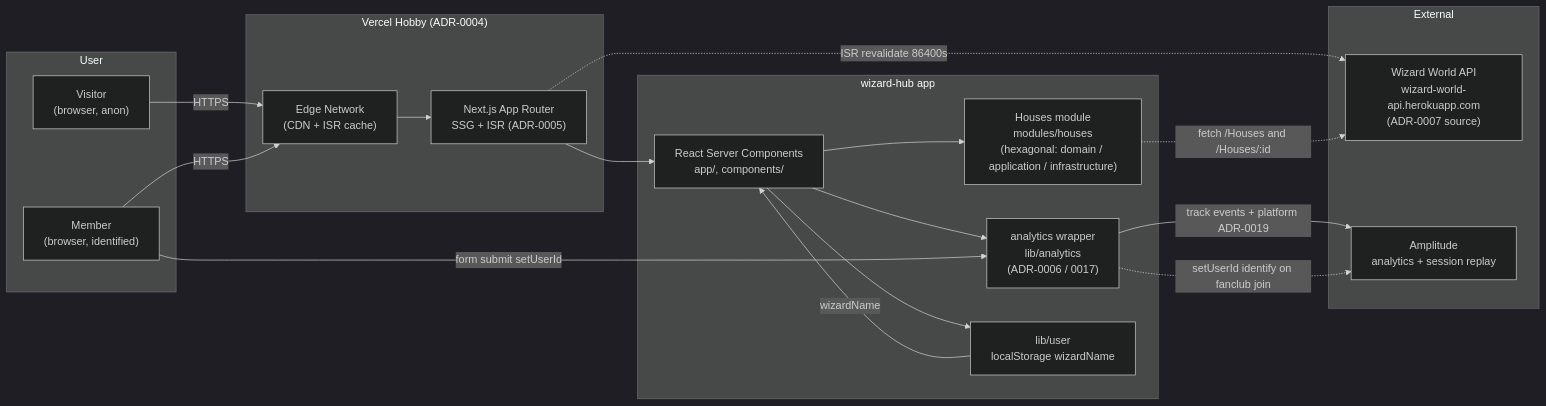
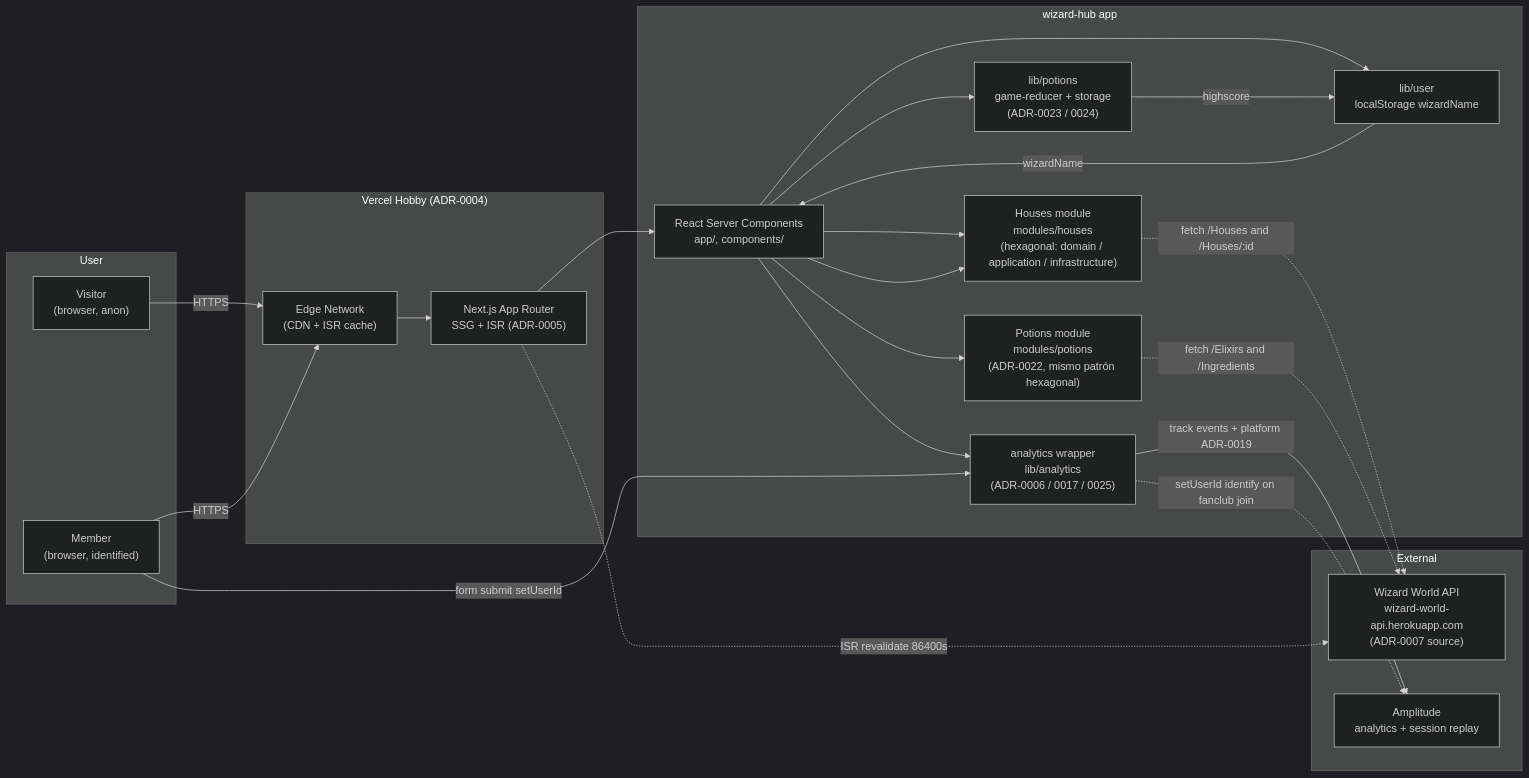
One commit to PKerty/wizard-hub changed the diagram in docs/diagrams/hld.md. Above: the diagram before and after it, drawn with Mermaid (dark theme). The commit also changed other lines of this file and 3 other files, not shown here.

First line of the commit message:
docs(diagrams): update HLD/Amplitude flow for Potions + add potions LLD (#29)

````diff
--- a/docs/diagrams/hld.md
+++ b/docs/diagrams/hld.md
@@ -8,38 +8,45 @@
 ```mermaid
 flowchart LR
     subgraph User
         U["Visitor<br/>(browser, anon)"]
         K["Member<br/>(browser, identified)"]
     end
 
     subgraph Vercel["Vercel Hobby (ADR-0004)"]
         CDN["Edge Network<br/>(CDN + ISR cache)"]
         NEXT["Next.js App Router<br/>SSG + ISR (ADR-0005)"]
     end
 
     subgraph App["wizard-hub app"]
         UI["React Server Components<br/>app/, components/"]
         MOD["Houses module<br/>modules/houses<br/>(hexagonal: domain / application / infrastructure)"]
-        ANA["analytics wrapper<br/>lib/analytics<br/>(ADR-0006 / 0017)"]
+        POTION["Potions module<br/>modules/potions<br/>(ADR-0022, mismo patrón hexagonal)"]
+        ANA["analytics wrapper<br/>lib/analytics<br/>(ADR-0006 / 0017 / 0025)"]
         USER["lib/user<br/>localStorage wizardName"]
+        GAME["lib/potions<br/>game-reducer + storage<br/>(ADR-0023 / 0024)"]
     end
 
     subgraph External
         API["Wizard World API<br/>wizard-world-api.herokuapp.com<br/>(ADR-0007 source)"]
         AMP["Amplitude<br/>analytics + session replay"]
     end
 
     U -->|HTTPS| CDN
     K -->|HTTPS| CDN
     CDN --> NEXT
     NEXT --> UI
     UI --> MOD
     NEXT -.->|"ISR revalidate 86400s"| API
     MOD -.->|"fetch /Houses and /Houses/:id"| API
+    POTION -.->|"fetch /Elixirs and /Ingredients"| API
+    UI --> MOD
+    UI --> POTION
+    UI --> GAME
     UI --> ANA
     K -->|"form submit setUserId"| ANA
     ANA -->|"track events + platform ADR-0019"| AMP
     ANA -.->|"setUserId identify on fanclub join"| AMP
     UI --> USER
     USER -->|wizardName| UI
+    GAME -->|highscore| USER
 ```
````
